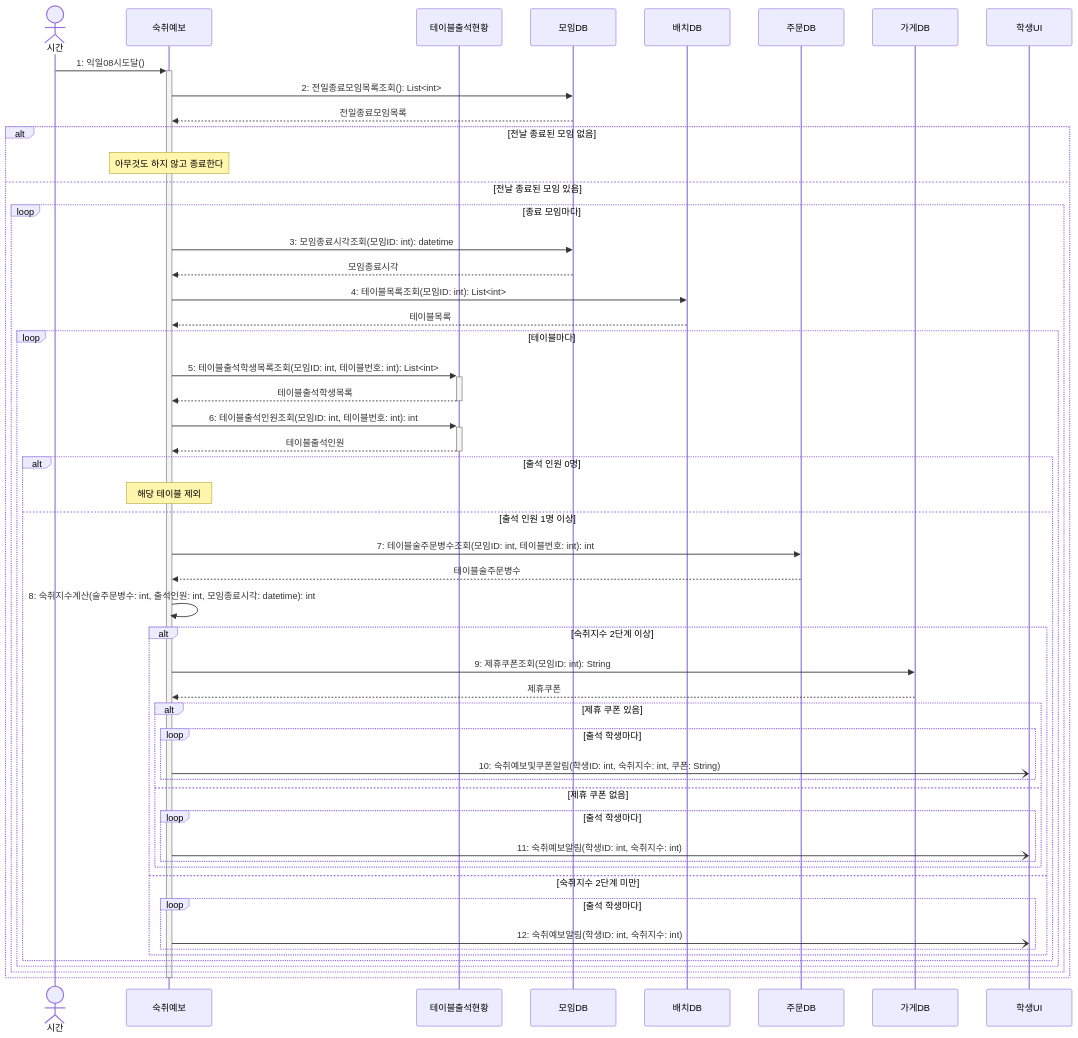
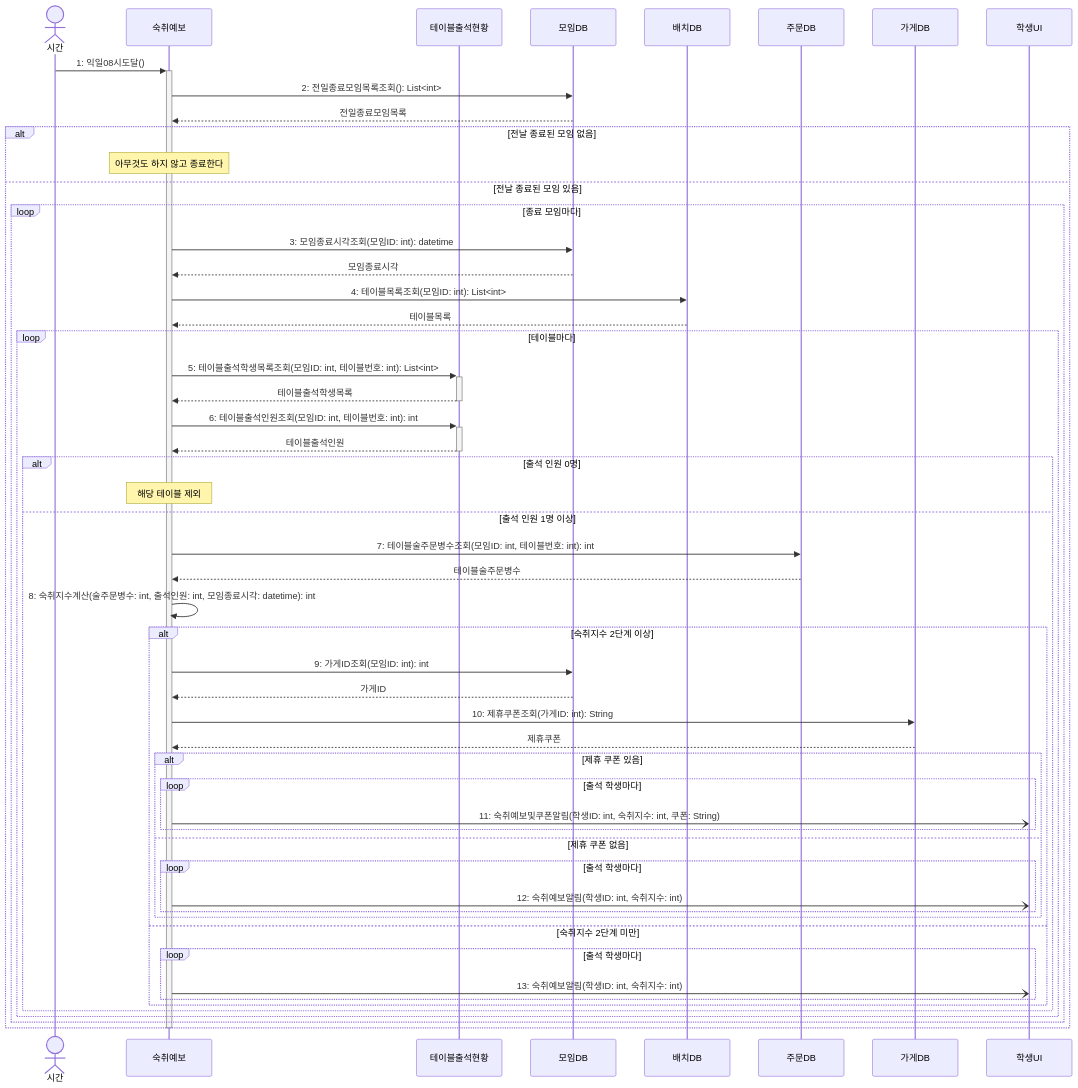
Before and after one commit to hojae3/sw-engineering-16: the diagram in sequence/seq-19.md, drawn with Mermaid. The commit also changed other lines of this file and 35 other files, not shown here.

````diff
--- a/sequence/seq-19.md
+++ b/sequence/seq-19.md
@@ -26,57 +26,59 @@
 ```mermaid
 sequenceDiagram
     actor 시간
     participant 예보 as 숙취예보
     participant 현황 as 테이블출석현황
     participant 모임DB as 모임DB
     participant 배치DB as 배치DB
     participant 주문DB as 주문DB
     participant 가게DB as 가게DB
     participant 학생UI as 학생UI
 
     시간->>+예보: 1: 익일08시도달()
     예보->>모임DB: 2: 전일종료모임목록조회(): List<int>
     모임DB-->>예보: 전일종료모임목록
 
     alt 전날 종료된 모임 없음
         Note over 예보: 아무것도 하지 않고 종료한다
     else 전날 종료된 모임 있음
         loop 종료 모임마다
             예보->>모임DB: 3: 모임종료시각조회(모임ID: int): datetime
             모임DB-->>예보: 모임종료시각
             예보->>배치DB: 4: 테이블목록조회(모임ID: int): List<int>
             배치DB-->>예보: 테이블목록
             loop 테이블마다
                 예보->>+현황: 5: 테이블출석학생목록조회(모임ID: int, 테이블번호: int): List<int>
                 현황-->>-예보: 테이블출석학생목록
                 예보->>+현황: 6: 테이블출석인원조회(모임ID: int, 테이블번호: int): int
                 현황-->>-예보: 테이블출석인원
                 alt 출석 인원 0명
                     Note over 예보: 해당 테이블 제외
                 else 출석 인원 1명 이상
                     예보->>주문DB: 7: 테이블술주문병수조회(모임ID: int, 테이블번호: int): int
                     주문DB-->>예보: 테이블술주문병수
                     예보->>예보: 8: 숙취지수계산(술주문병수: int, 출석인원: int, 모임종료시각: datetime): int
                     alt 숙취지수 2단계 이상
-                        예보->>가게DB: 9: 제휴쿠폰조회(모임ID: int): String
+                        예보->>모임DB: 9: 가게ID조회(모임ID: int): int
+                        모임DB-->>예보: 가게ID
+                        예보->>가게DB: 10: 제휴쿠폰조회(가게ID: int): String
                         가게DB-->>예보: 제휴쿠폰
                         alt 제휴 쿠폰 있음
                             loop 출석 학생마다
-                                예보-)학생UI: 10: 숙취예보및쿠폰알림(학생ID: int, 숙취지수: int, 쿠폰: String)
+                                예보-)학생UI: 11: 숙취예보및쿠폰알림(학생ID: int, 숙취지수: int, 쿠폰: String)
                             end
                         else 제휴 쿠폰 없음
                             loop 출석 학생마다
-                                예보-)학생UI: 11: 숙취예보알림(학생ID: int, 숙취지수: int)
+                                예보-)학생UI: 12: 숙취예보알림(학생ID: int, 숙취지수: int)
                             end
                         end
                     else 숙취지수 2단계 미만
                         loop 출석 학생마다
-                            예보-)학생UI: 12: 숙취예보알림(학생ID: int, 숙취지수: int)
+                            예보-)학생UI: 13: 숙취예보알림(학생ID: int, 숙취지수: int)
                         end
                     end
                 end
             end
         end
     end
     deactivate 예보
 ```
````
